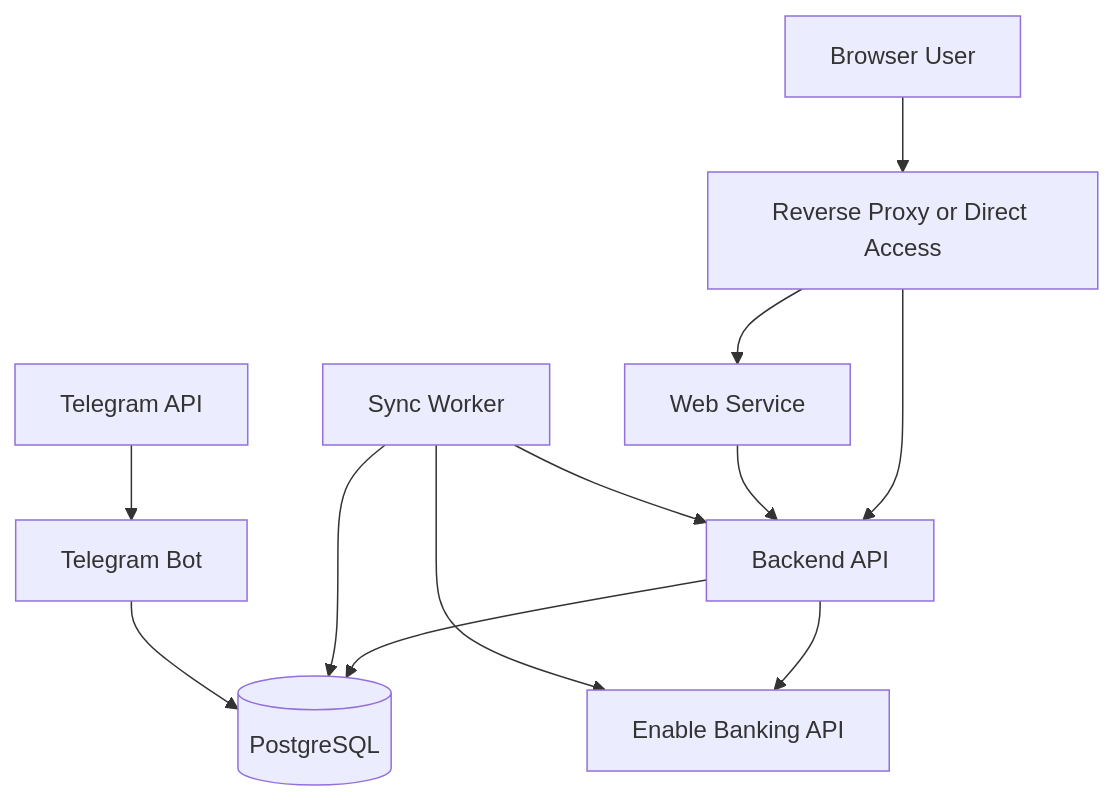
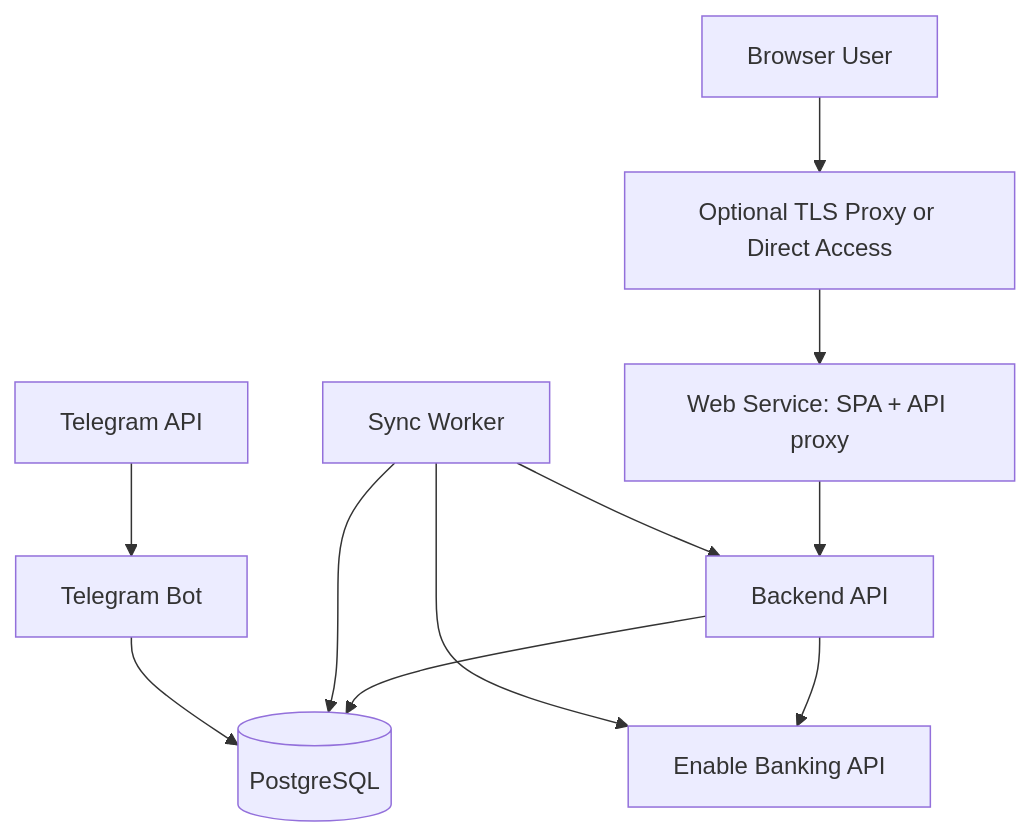
Before and after one commit to DrXoo/burnrate: the diagram in docs/technical/deployment.md, drawn with Mermaid. The commit also changed other lines of this file and 26 other files, not shown here.

````diff
--- a/docs/technical/deployment.md
+++ b/docs/technical/deployment.md
@@ -160,14 +168,13 @@
 ```mermaid
 flowchart TD
-    User[Browser User] --> Proxy[Reverse Proxy or Direct Access]
-    Proxy --> Web[Web Service]
-    Proxy --> Backend[Backend API]
-    Web --> Backend
+    User[Browser User] --> Proxy[Optional TLS Proxy or Direct Access]
+    Proxy --> Web[Web Service: SPA + API proxy]
+    Web --> Backend[Backend API]
     Backend --> Postgres[(PostgreSQL)]
     Worker[Sync Worker] --> Backend
     Worker --> Postgres
     Backend --> EnableBanking[Enable Banking API]
     Worker --> EnableBanking
     TelegramBot[Telegram Bot] --> Postgres
     Telegram[Telegram API] --> TelegramBot
 ```
````
